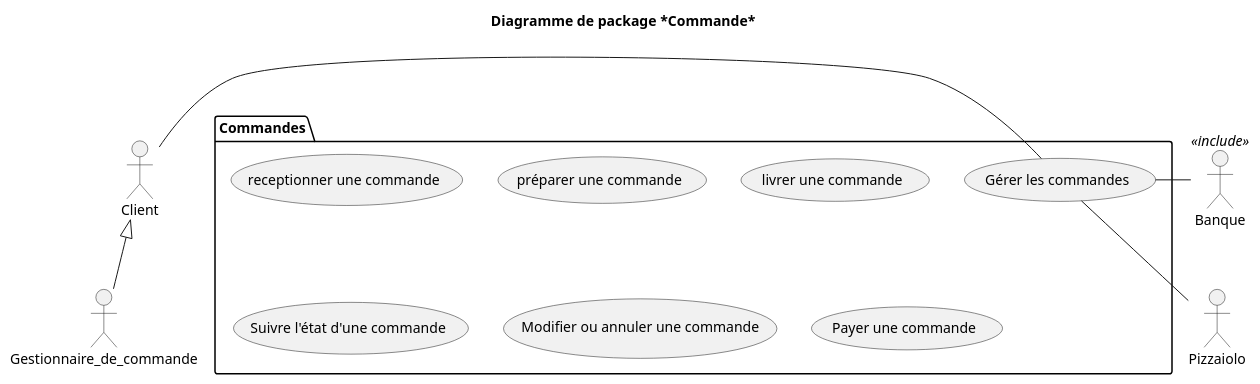
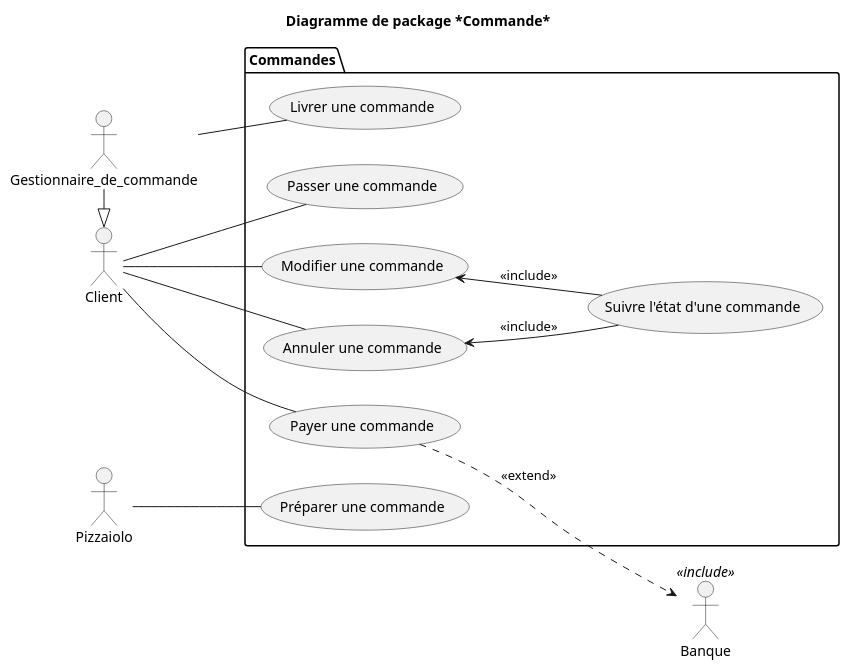
One commit to Zepmanbc/oc_dapython_pr4 changed the diagram in v3/uml/03_commande.puml. Above: the diagram before and after it, drawn with PlantUML. The commit also changed 6 other files, not shown here.

```diff
--- a/v3/uml/03_commande.puml
+++ b/v3/uml/03_commande.puml
@@ -1,26 +1,36 @@
 @startuml 03_commande
 title Diagramme de package *Commande*
 
 actor Gestionnaire_de_commande as GESTCMD
 actor Client as CUSTOMER
 actor Banque <<include>> as BANK
 actor Pizzaiolo as PZLO
 
 package Commandes{
-    ' left to right direction
-    (Gérer les commandes) as CMD
-    (receptionner une commande)
-    (préparer une commande)
-    (livrer une commande)
-    (Suivre l'état d'une commande)
-    (Modifier ou annuler une commande)
-    (Payer une commande)
+    left to right direction
+    (Passer une commande) as CREATE_CMD
+    (Préparer une commande) as MAKE_CMD
+    (Livrer une commande) as DELIVER_CMD
+    (Modifier une commande) as MODIFY_CMD
+    (Annuler une commande) as CANCEL_CMD
+    (Suivre l'état d'une commande) as FOLLOW_CMD
+    (Payer une commande) as PAY_CMD
 }
 
-CUSTOMER <|-- GESTCMD
-CUSTOMER - CMD
-CMD -- PZLO
-CMD - BANK
+MODIFY_CMD <-- FOLLOW_CMD: <<include>>
+CANCEL_CMD <-- FOLLOW_CMD: <<include>>
 
+CUSTOMER -- CREATE_CMD
+CUSTOMER -- MODIFY_CMD
+CUSTOMER -- CANCEL_CMD
+CUSTOMER -- PAY_CMD
+
+GESTCMD -- DELIVER_CMD
+
+PAY_CMD ..> BANK: <<extend>>
+
+PZLO -- MAKE_CMD
+
+GESTCMD -|> CUSTOMER
 
 @enduml
```
